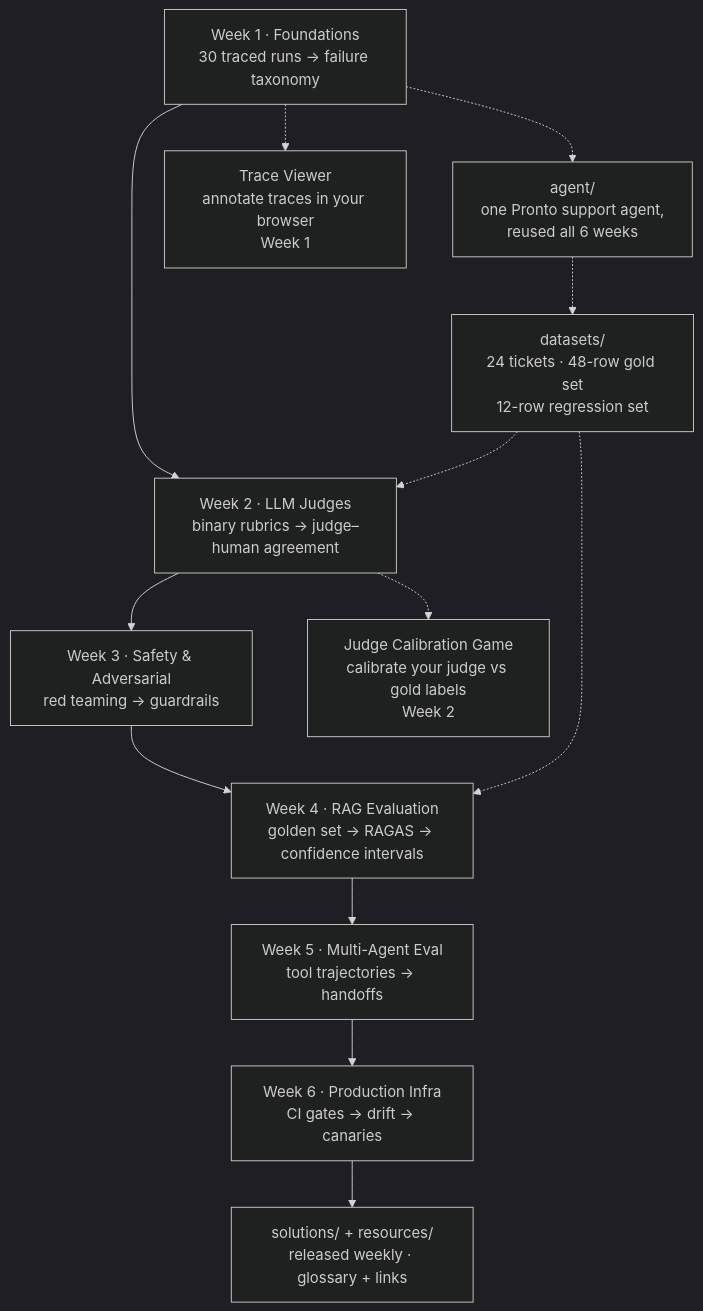
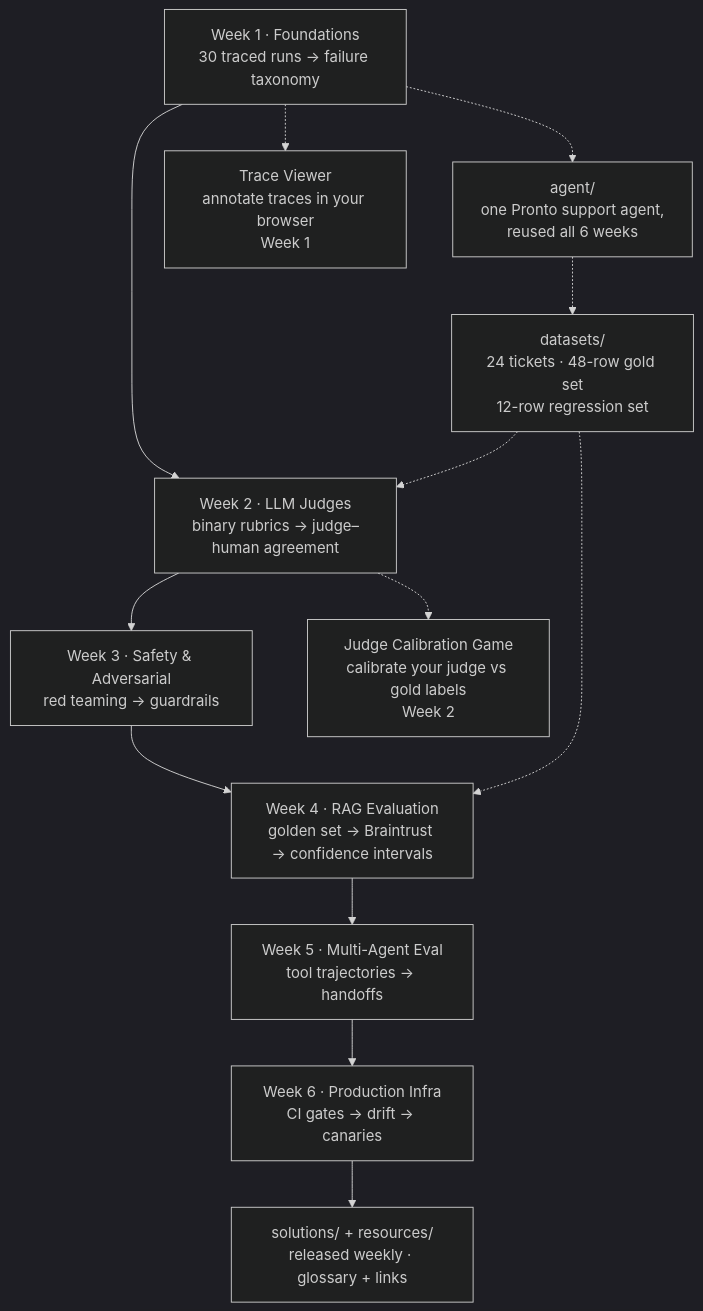
Before and after one commit to coachmanjeet/AI-Agent-Evals-Course: the diagram in README.md, drawn with Mermaid (dark theme). The commit also changed other lines of this file and 22 other files, not shown here.

First line of the commit message:
Rework Weeks 2/4/5 to LangSmith + Braintrust + CrewAI; drop deepeval/ragas

````diff
--- a/README.md
+++ b/README.md
@@ -9,25 +9,25 @@
 ```mermaid
 flowchart TD
     W1["Week 1 · Foundations<br/>30 traced runs → failure taxonomy"]
     W2["Week 2 · LLM Judges<br/>binary rubrics → judge–human agreement"]
     W3["Week 3 · Safety & Adversarial<br/>red teaming → guardrails"]
-    W4["Week 4 · RAG Evaluation<br/>golden set → RAGAS → confidence intervals"]
+    W4["Week 4 · RAG Evaluation<br/>golden set → Braintrust → confidence intervals"]
     W5["Week 5 · Multi-Agent Eval<br/>tool trajectories → handoffs"]
     W6["Week 6 · Production Infra<br/>CI gates → drift → canaries"]
     W1 --> W2 --> W3 --> W4 --> W5 --> W6
 
     AG["agent/<br/>one Pronto support agent,<br/>reused all 6 weeks"]
     DS["datasets/<br/>24 tickets · 48-row gold set<br/>12-row regression set"]
     W1 -.-> AG
     AG -.-> DS
     DS -.-> W2
     DS -.-> W4
 
     TV["Trace Viewer<br/>annotate traces in your browser<br/>Week 1"]
     JG["Judge Calibration Game<br/>calibrate your judge vs gold labels<br/>Week 2"]
     W1 -.-> TV
     W2 -.-> JG
 
     SOL["solutions/ + resources/<br/>released weekly · glossary + links"]
     W6 --> SOL
 ```
````
